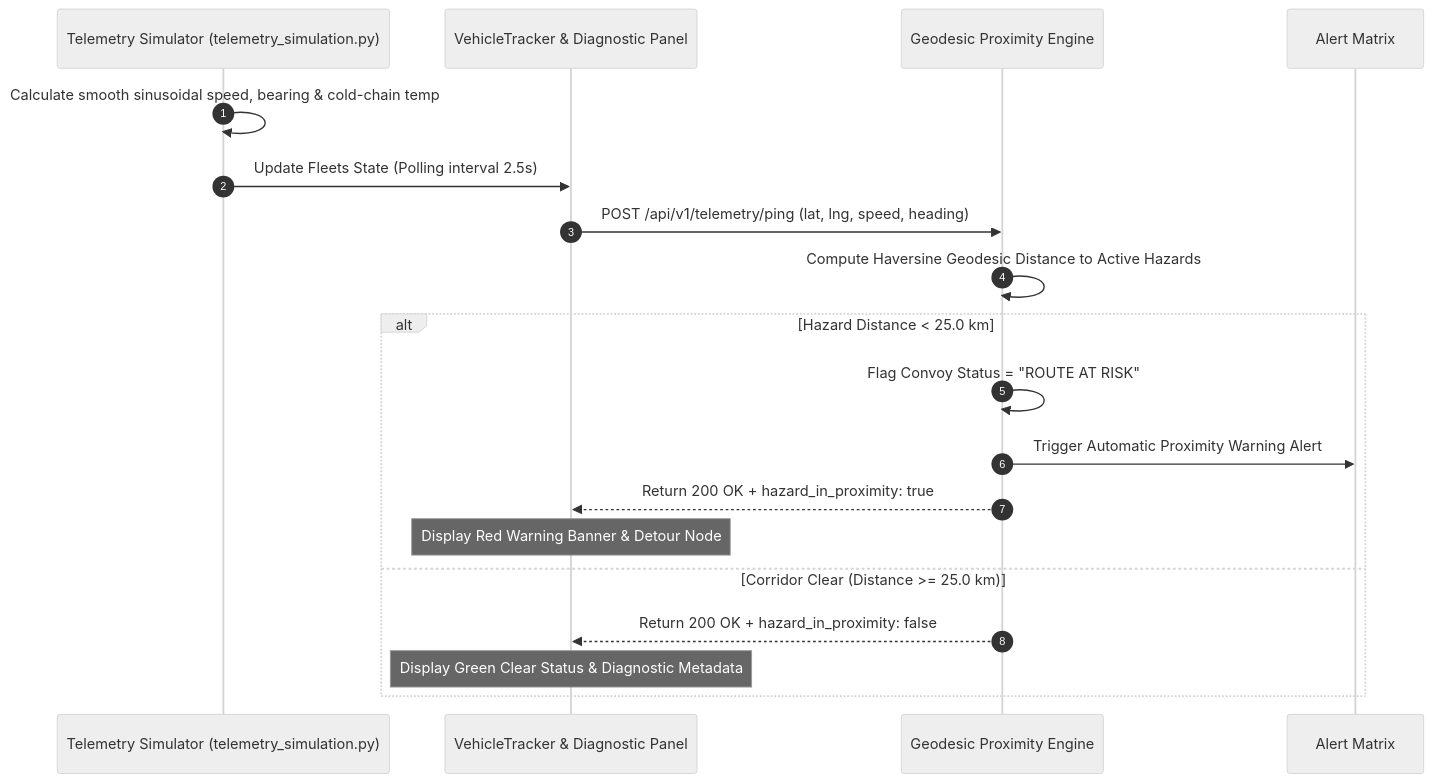
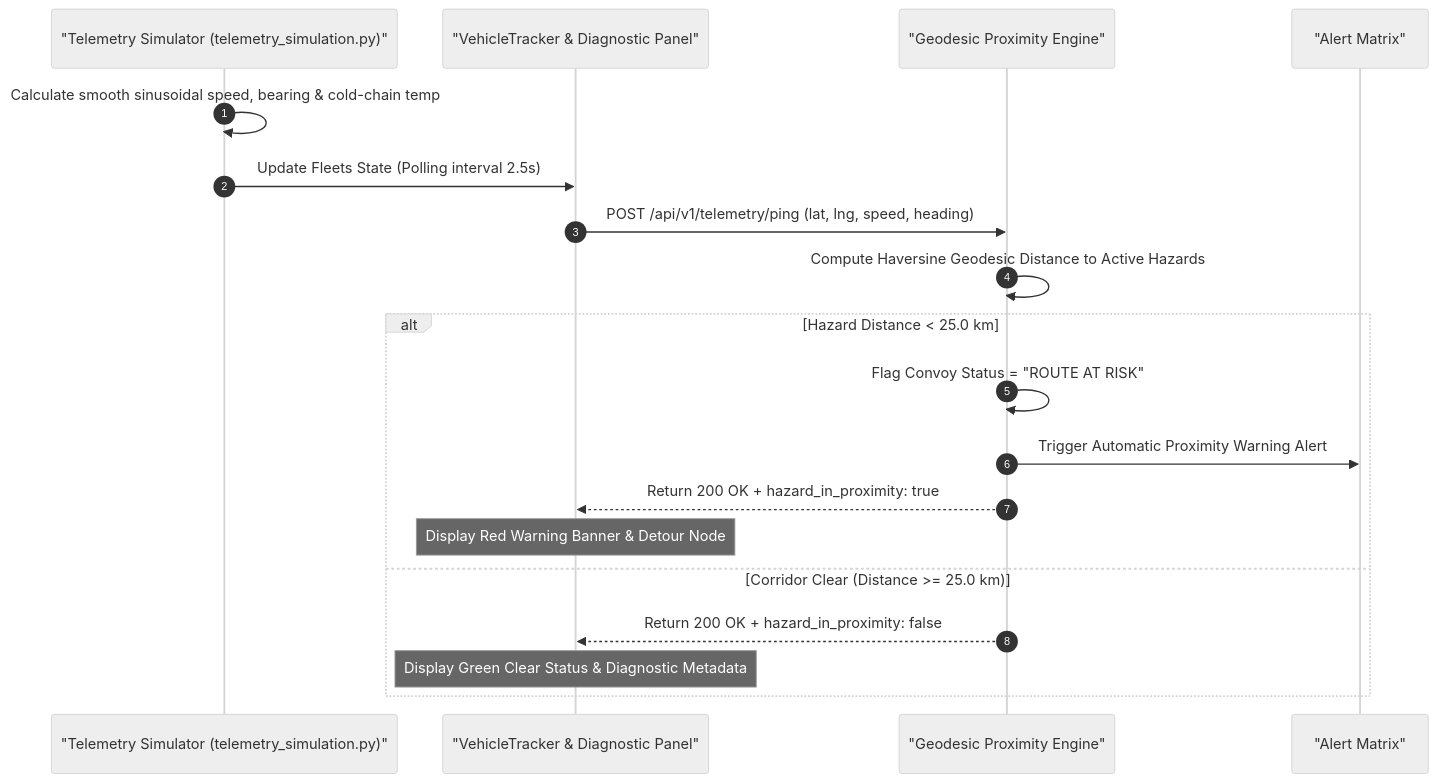
One commit to Hritik983567-Art/NERIS changed the fourth of 7 diagrams in DOCUMENTATION.md. Above: the diagram before and after it, drawn with Mermaid (neutral theme). The commit also changed other lines of this file and 1 other file, not shown here.

Commit message:
fix(docs): quote all sequence diagram participant aliases in ARCHITECTURE.md and DOCUMENTATION.md

````diff
--- a/DOCUMENTATION.md
+++ b/DOCUMENTATION.md
@@ -158,24 +158,24 @@
 ```mermaid
 sequenceDiagram
     autonumber
-    participant Sim as Telemetry Simulator (telemetry_simulation.py)
-    participant UI as VehicleTracker & Diagnostic Panel
-    participant Engine as Geodesic Proximity Engine
-    participant Alert as Alert Matrix
+    participant Sim as "Telemetry Simulator (telemetry_simulation.py)"
+    participant UI as "VehicleTracker & Diagnostic Panel"
+    participant Engine as "Geodesic Proximity Engine"
+    participant Alert as "Alert Matrix"
 
     Sim->>Sim: Calculate smooth sinusoidal speed, bearing & cold-chain temp
     Sim->>UI: Update Fleets State (Polling interval 2.5s)
     UI->>Engine: POST /api/v1/telemetry/ping (lat, lng, speed, heading)
     
     Engine->>Engine: Compute Haversine Geodesic Distance to Active Hazards
 
     alt Hazard Distance < 25.0 km
         Engine->>Engine: Flag Convoy Status = "ROUTE AT RISK"
         Engine->>Alert: Trigger Automatic Proximity Warning Alert
         Engine-->>UI: Return 200 OK + hazard_in_proximity: true
         Note over UI: Display Red Warning Banner & Detour Node
     else Corridor Clear (Distance >= 25.0 km)
         Engine-->>UI: Return 200 OK + hazard_in_proximity: false
         Note over UI: Display Green Clear Status & Diagnostic Metadata
     end
 ```
````
